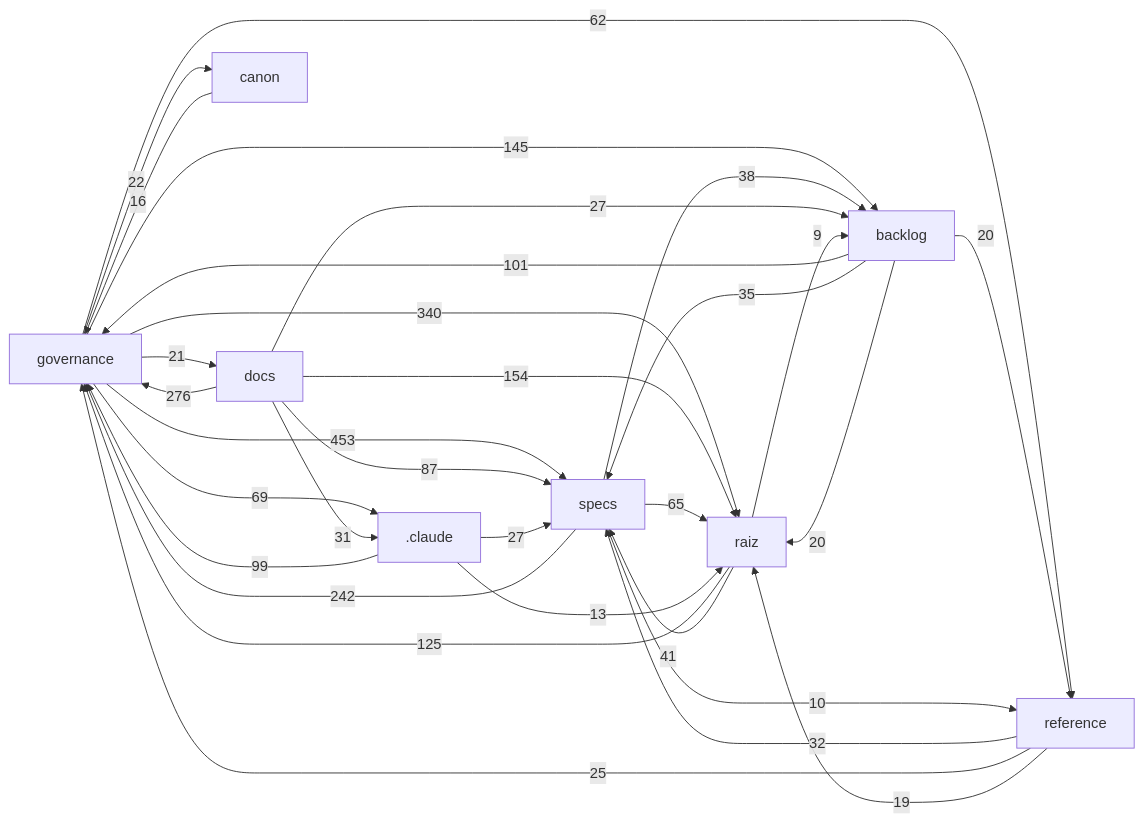
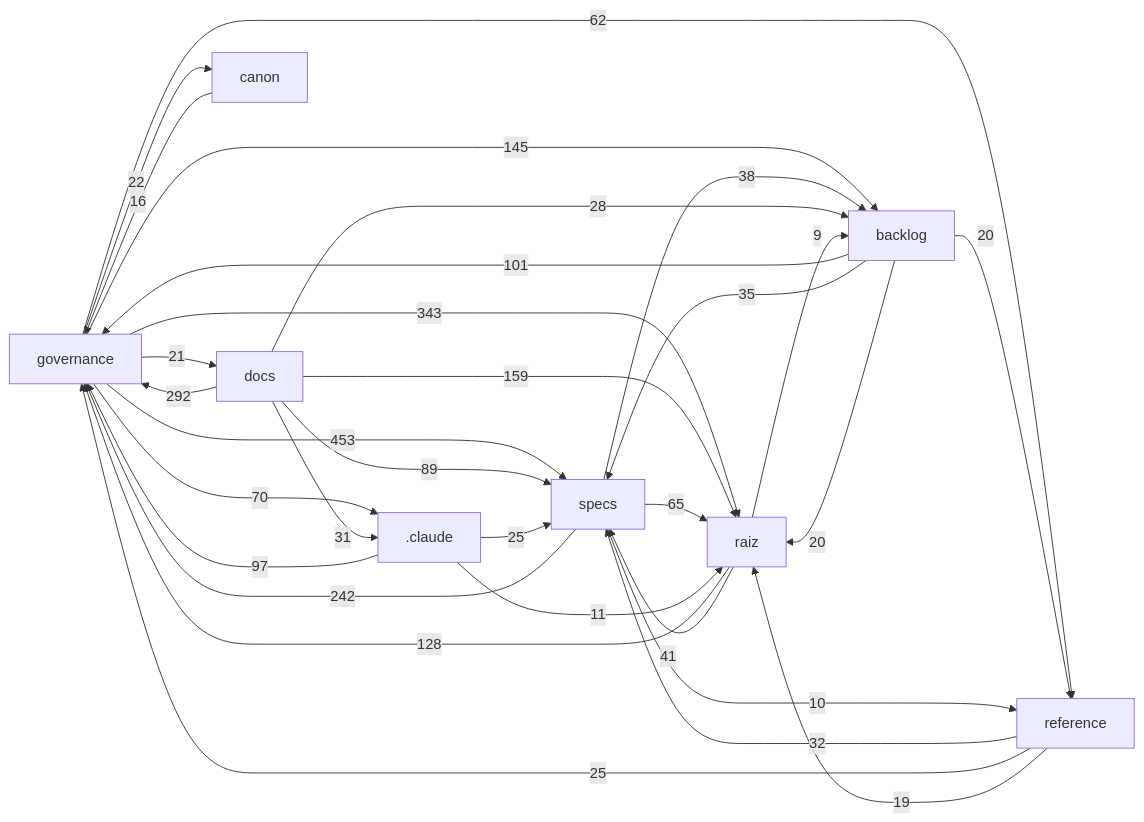
The diagram in docs/mapa/MAPA-PROJETO.md (Andraus35/Sistema-Operacional-de-Trading--SOT), drawn with Mermaid before and after one commit. The commit also changed other lines of this file and 12 other files, not shown here.

````diff
--- a/docs/mapa/MAPA-PROJETO.md
+++ b/docs/mapa/MAPA-PROJETO.md
@@ -29,33 +29,33 @@
 ```mermaid
 flowchart LR
   governance["governance"] -->|453| specs["specs"]
-  governance["governance"] -->|340| raiz["raiz"]
-  docs["docs"] -->|276| governance["governance"]
+  governance["governance"] -->|343| raiz["raiz"]
+  docs["docs"] -->|292| governance["governance"]
   specs["specs"] -->|242| governance["governance"]
-  docs["docs"] -->|154| raiz["raiz"]
+  docs["docs"] -->|159| raiz["raiz"]
   governance["governance"] -->|145| backlog["backlog"]
-  raiz["raiz"] -->|125| governance["governance"]
+  raiz["raiz"] -->|128| governance["governance"]
   backlog["backlog"] -->|101| governance["governance"]
-  _claude[".claude"] -->|99| governance["governance"]
-  docs["docs"] -->|87| specs["specs"]
-  governance["governance"] -->|69| _claude[".claude"]
+  _claude[".claude"] -->|97| governance["governance"]
+  docs["docs"] -->|89| specs["specs"]
+  governance["governance"] -->|70| _claude[".claude"]
   specs["specs"] -->|65| raiz["raiz"]
   governance["governance"] -->|62| reference["reference"]
   raiz["raiz"] -->|41| specs["specs"]
   specs["specs"] -->|38| backlog["backlog"]
   backlog["backlog"] -->|35| specs["specs"]
   reference["reference"] -->|32| specs["specs"]
   docs["docs"] -->|31| _claude[".claude"]
-  _claude[".claude"] -->|27| specs["specs"]
-  docs["docs"] -->|27| backlog["backlog"]
+  docs["docs"] -->|28| backlog["backlog"]
+  _claude[".claude"] -->|25| specs["specs"]
   reference["reference"] -->|25| governance["governance"]
   governance["governance"] -->|22| canon["canon"]
   governance["governance"] -->|21| docs["docs"]
   backlog["backlog"] -->|20| raiz["raiz"]
   backlog["backlog"] -->|20| reference["reference"]
   reference["reference"] -->|19| raiz["raiz"]
   canon["canon"] -->|16| governance["governance"]
-  _claude[".claude"] -->|13| raiz["raiz"]
+  _claude[".claude"] -->|11| raiz["raiz"]
   specs["specs"] -->|10| reference["reference"]
   raiz["raiz"] -->|9| backlog["backlog"]
 ```
````
